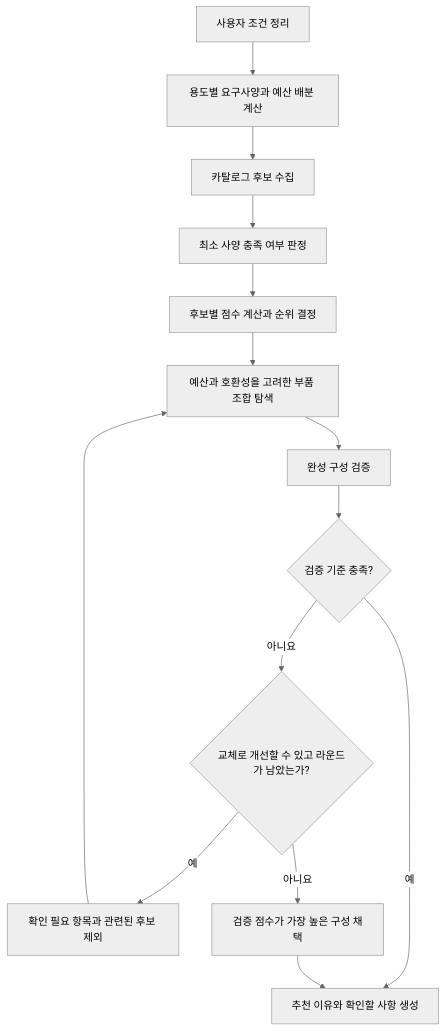
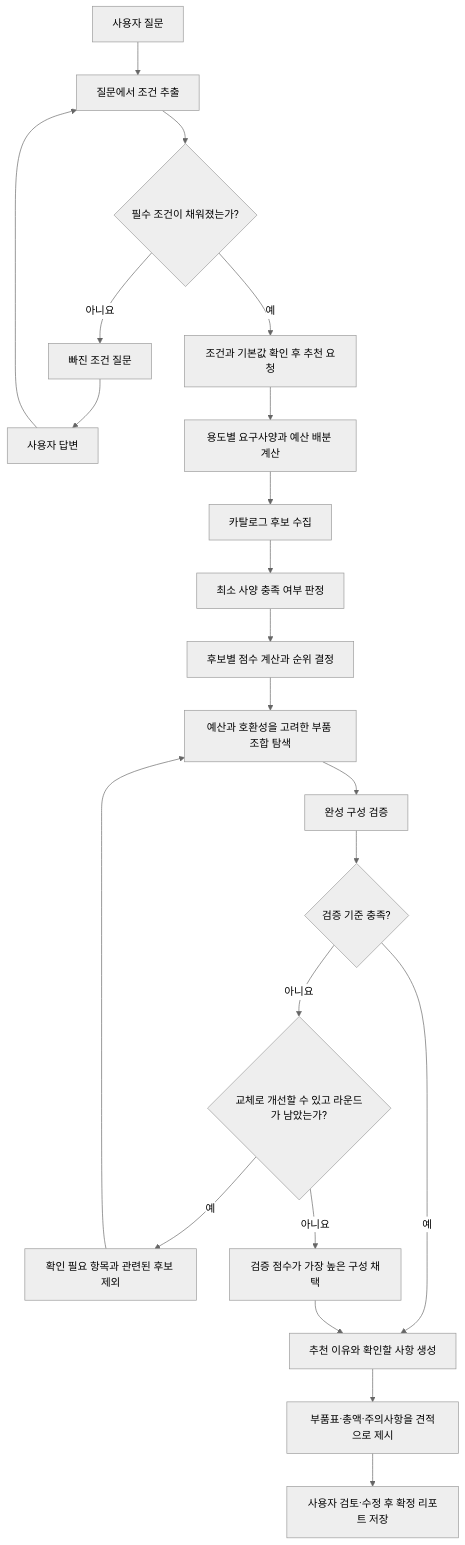
Before and after one commit to greenmdw/skn_final: the diagram in docs/추천엔진_알고리즘_설명.md, drawn with Mermaid (neutral theme). The commit also changed other lines of this file and 25 other files, not shown here.

````diff
--- a/docs/추천엔진_알고리즘_설명.md
+++ b/docs/추천엔진_알고리즘_설명.md
@@ -15,16 +17,24 @@
 ```mermaid
 flowchart TD
-    A[사용자 조건 정리] --> B[용도별 요구사양과 예산 배분 계산]
+    Q[사용자 질문] --> P[질문에서 조건 추출]
+    P --> R{필수 조건이 채워졌는가?}
+    R -->|아니요| S[빠진 조건 질문]
+    S --> T[사용자 답변]
+    T --> P
+    R -->|예| A[조건과 기본값 확인 후 추천 요청]
+    A --> B[용도별 요구사양과 예산 배분 계산]
     B --> C[카탈로그 후보 수집]
     C --> D[최소 사양 충족 여부 판정]
     D --> E[후보별 점수 계산과 순위 결정]
     E --> F[예산과 호환성을 고려한 부품 조합 탐색]
     F --> G[완성 구성 검증]
     G --> H{검증 기준 충족?}
     H -->|예| I[추천 이유와 확인할 사항 생성]
     H -->|아니요| J{교체로 개선할 수 있고 라운드가 남았는가?}
     J -->|예| K[확인 필요 항목과 관련된 후보 제외]
     K --> F
     J -->|아니요| L[검증 점수가 가장 높은 구성 채택]
     L --> I
+    I --> M[부품표·총액·주의사항을 견적으로 제시]
+    M --> N[사용자 검토·수정 후 확정 리포트 저장]
 ```
````
